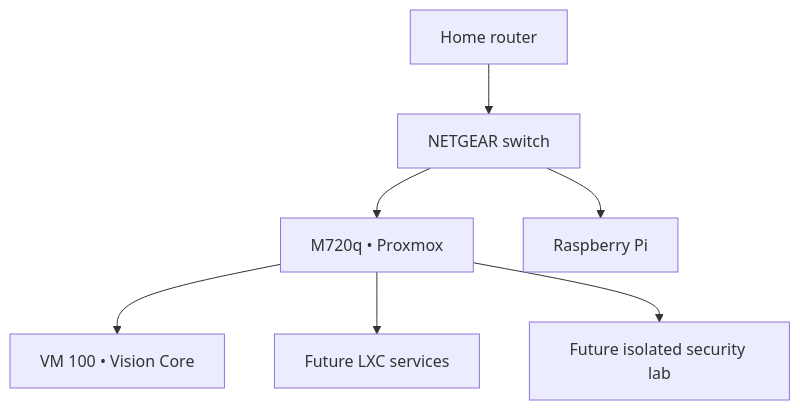
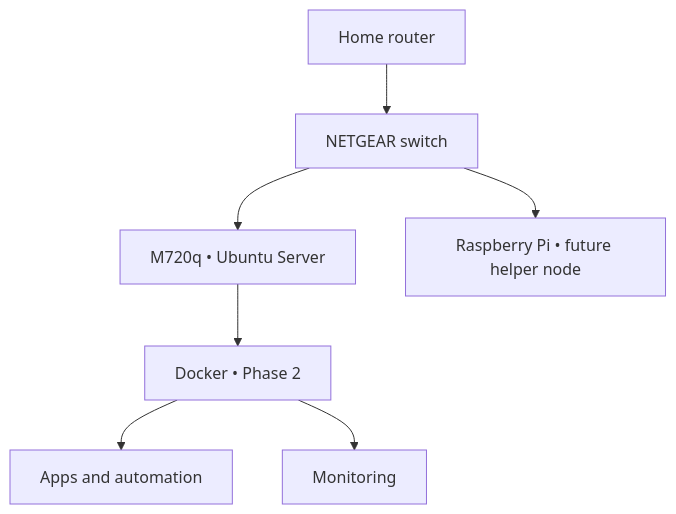
Before and after one commit to Vewiser/vision-node-prototype: the diagram in README.md, drawn with Mermaid. The commit also changed other lines of this file, not shown here.

Commit message:
docs: simplify README.md for bare-metal Ubuntu

````diff
--- a/README.md
+++ b/README.md
@@ -35,9 +30,9 @@
 ```mermaid
 flowchart TD
     R["Home router"] --> S["NETGEAR switch"]
-    S --> P["M720q • Proxmox"]
-    S --> PI["Raspberry Pi"]
-    P --> U["VM 100 • Vision Core"]
-    P --> L["Future LXC services"]
-    P --> K["Future isolated security lab"]
+    S --> V["M720q • Ubuntu Server"]
+    S --> PI["Raspberry Pi • future helper node"]
+    V --> D["Docker • Phase 2"]
+    D --> A["Apps and automation"]
+    D --> M["Monitoring"]
 ```
````
